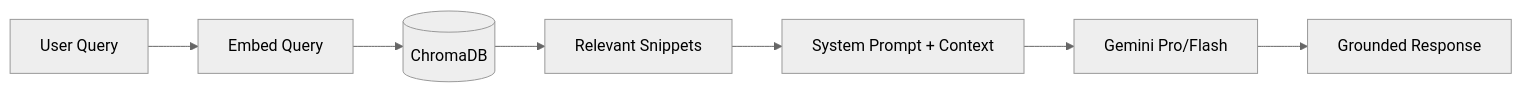
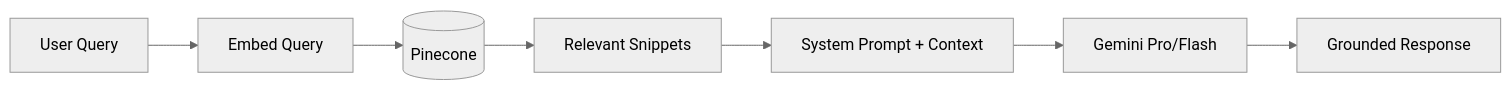
One commit to Siddh-2006/GWOC changed the second of 2 diagrams in Docs/01_RAG_Architecture.md. Above: the diagram before and after it, drawn with Mermaid (neutral theme). The commit also changed other lines of this file and 12 other files, not shown here.

````diff
--- a/Docs/01_RAG_Architecture.md
+++ b/Docs/01_RAG_Architecture.md
@@ -41,9 +41,9 @@
 ```mermaid
 graph LR
     UserMsg[User Query] --> Embed[Embed Query]
-    Embed --> Search[(ChromaDB)]
+    Embed --> Search[(Pinecone)]
     Search --> Context[Relevant Snippets]
     Context --> Prompt[System Prompt + Context]
     Prompt --> LLM[Gemini Pro/Flash]
     LLM --> Answer[Grounded Response]
 ```
````
